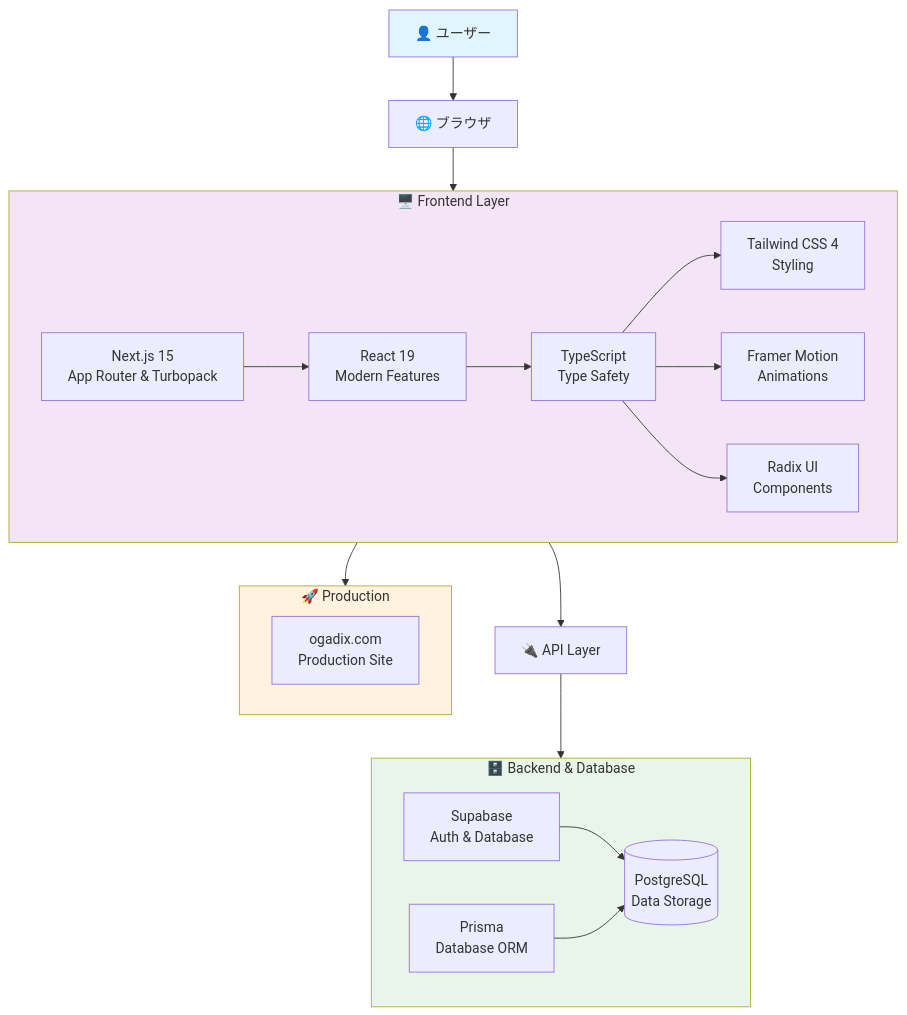
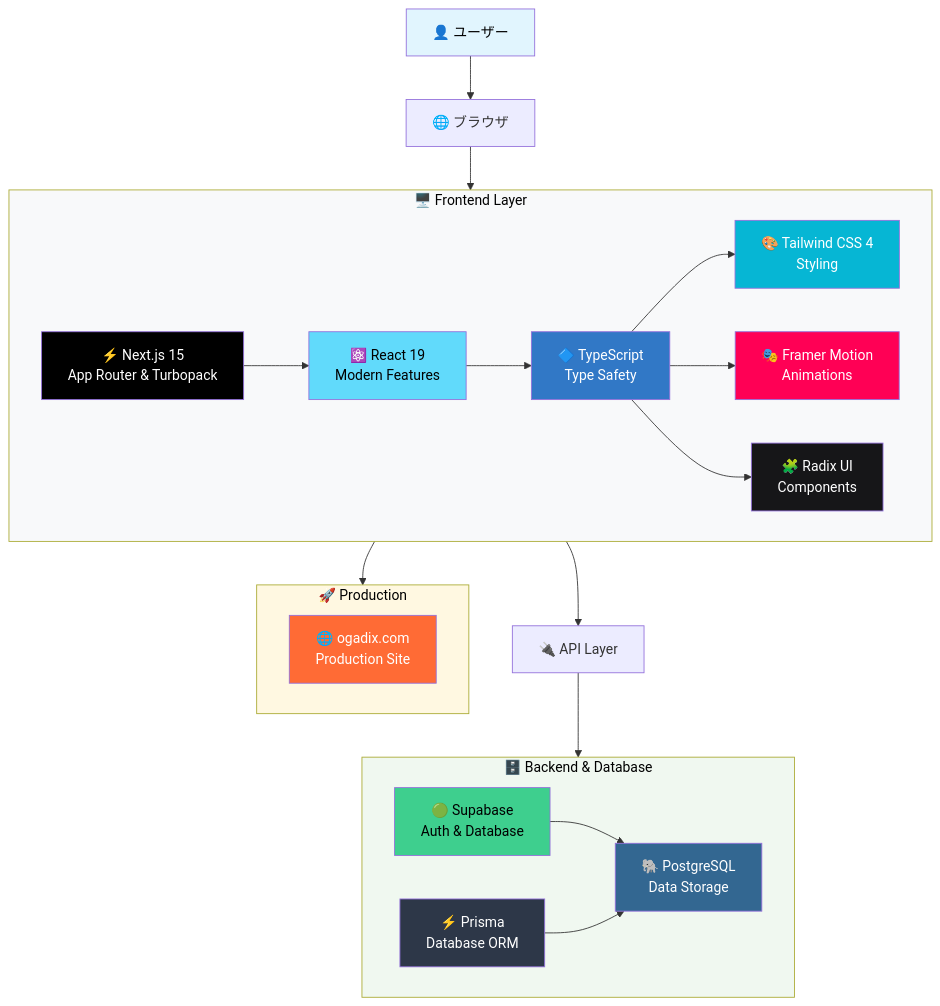
One commit to Gaku52/dev-elite-academy changed the first of 2 diagrams in README.md. Above: the diagram before and after it, drawn with Mermaid. The commit also changed other lines of this file, not shown here.

Commit message:
fix: 技術スタック図解の視認性を改善
- 白フォントで見づらかった部分の背景色とフォント色を調整
- 各技術にブランドカラーとアイコンを追加
  - Next.js: ⚡, React: ⚛️, TypeScript: 🔷
  - Supabase: 🟢, PostgreSQL: 🐘, Prisma: ⚡
  - ESLint: 🔍, Prettier: ✨など
- subgraphの背景色も薄いグレーに変更して可読性向上

🤖 Generated with [Claude Code](https://claude.com/claude-code)

````diff
--- a/README.md
+++ b/README.md
@@ -20,44 +20,54 @@
 ```mermaid
 graph TB
     User[👤 ユーザー] --> Browser[🌐 ブラウザ]
     Browser --> Frontend[🖥️ Frontend Layer]
 
     subgraph Frontend[🖥️ Frontend Layer]
-        NextJS[Next.js 15<br/>App Router & Turbopack]
-        React[React 19<br/>Modern Features]
-        TS[TypeScript<br/>Type Safety]
-        Tailwind[Tailwind CSS 4<br/>Styling]
-        Framer[Framer Motion<br/>Animations]
-        Radix[Radix UI<br/>Components]
+        NextJS[⚡ Next.js 15<br/>App Router & Turbopack]
+        React[⚛️ React 19<br/>Modern Features]
+        TS[🔷 TypeScript<br/>Type Safety]
+        Tailwind[🎨 Tailwind CSS 4<br/>Styling]
+        Framer[🎭 Framer Motion<br/>Animations]
+        Radix[🧩 Radix UI<br/>Components]
 
         NextJS --> React
         React --> TS
         TS --> Tailwind
         TS --> Framer
         TS --> Radix
     end
 
     Frontend --> API[🔌 API Layer]
 
     subgraph Backend[🗄️ Backend & Database]
-        Supabase[Supabase<br/>Auth & Database]
-        PostgreSQL[(PostgreSQL<br/>Data Storage)]
-        Prisma[Prisma<br/>Database ORM]
+        Supabase[🟢 Supabase<br/>Auth & Database]
+        PostgreSQL[🐘 PostgreSQL<br/>Data Storage]
+        Prisma[⚡ Prisma<br/>Database ORM]
 
         Supabase --> PostgreSQL
         Prisma --> PostgreSQL
     end
 
     API --> Backend
 
     subgraph Deploy[🚀 Production]
-        Ogadix[ogadix.com<br/>Production Site]
+        Ogadix[🌐 ogadix.com<br/>Production Site]
     end
 
     Frontend --> Deploy
 
-    style User fill:#e1f5fe
-    style Frontend fill:#f3e5f5
-    style Backend fill:#e8f5e8
-    style Deploy fill:#fff3e0
+    style User fill:#e1f5fe,color:#000
+    style Frontend fill:#f8f9fa,color:#000
+    style Backend fill:#f0f8f0,color:#000
+    style Deploy fill:#fff8e1,color:#000
+    style NextJS fill:#000000,color:#fff
+    style React fill:#61dafb,color:#000
+    style TS fill:#3178c6,color:#fff
+    style Tailwind fill:#06b6d4,color:#fff
+    style Framer fill:#ff0055,color:#fff
+    style Radix fill:#161618,color:#fff
+    style Supabase fill:#3ecf8e,color:#000
+    style PostgreSQL fill:#336791,color:#fff
+    style Prisma fill:#2d3748,color:#fff
+    style Ogadix fill:#ff6b35,color:#fff
 ```
````
